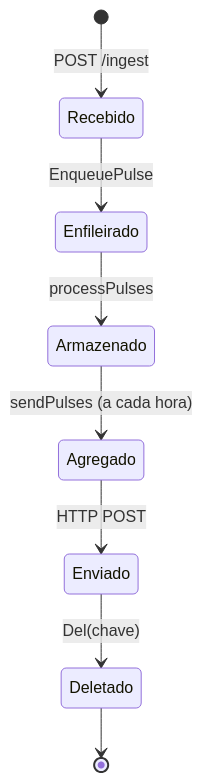
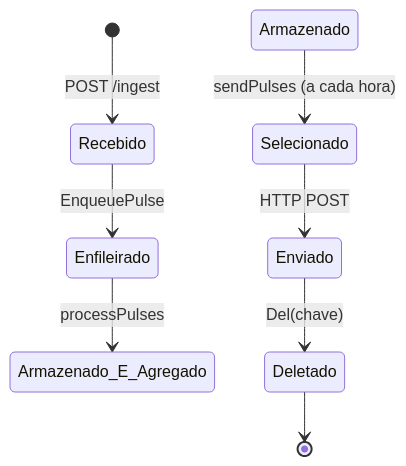
One commit to ThalysSilva/ingestor-consumo changed the fourth of 4 diagrams in README.md. Above: the diagram before and after it, drawn with Mermaid. The commit also changed other lines of this file, not shown here.

Commit message:
fix: correções nos diagramas

````diff
--- a/README.md
+++ b/README.md
@@ -358,10 +358,10 @@
 ```mermaid
 stateDiagram-v2
     [*] --> Recebido: POST /ingest
     Recebido --> Enfileirado: EnqueuePulse
-    Enfileirado --> Armazenado: processPulses
-    Armazenado --> Agregado: sendPulses (a cada hora)
-    Agregado --> Enviado: HTTP POST
+    Enfileirado --> Armazenado_E_Agregado: processPulses
+    Armazenado --> Selecionado: sendPulses (a cada hora)
+    Selecionado --> Enviado: HTTP POST
     Enviado --> Deletado: Del(chave)
     Deletado --> [*]
 ```
````
